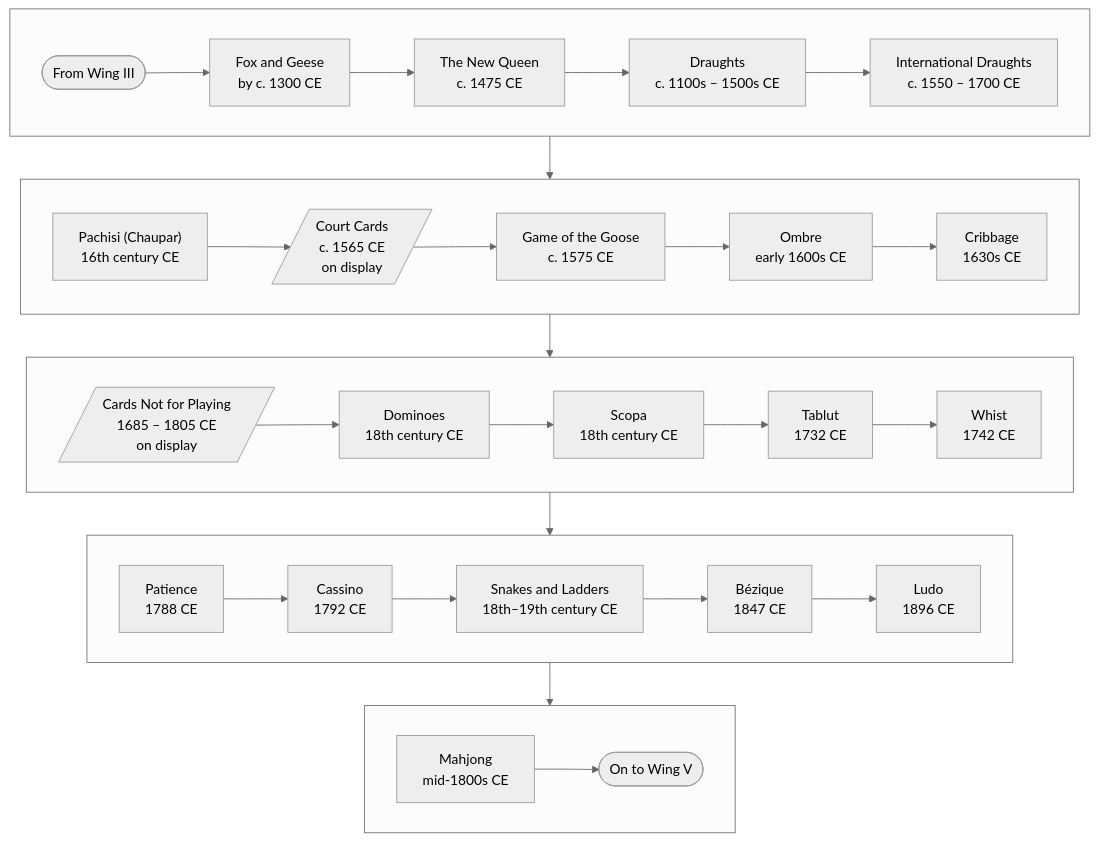
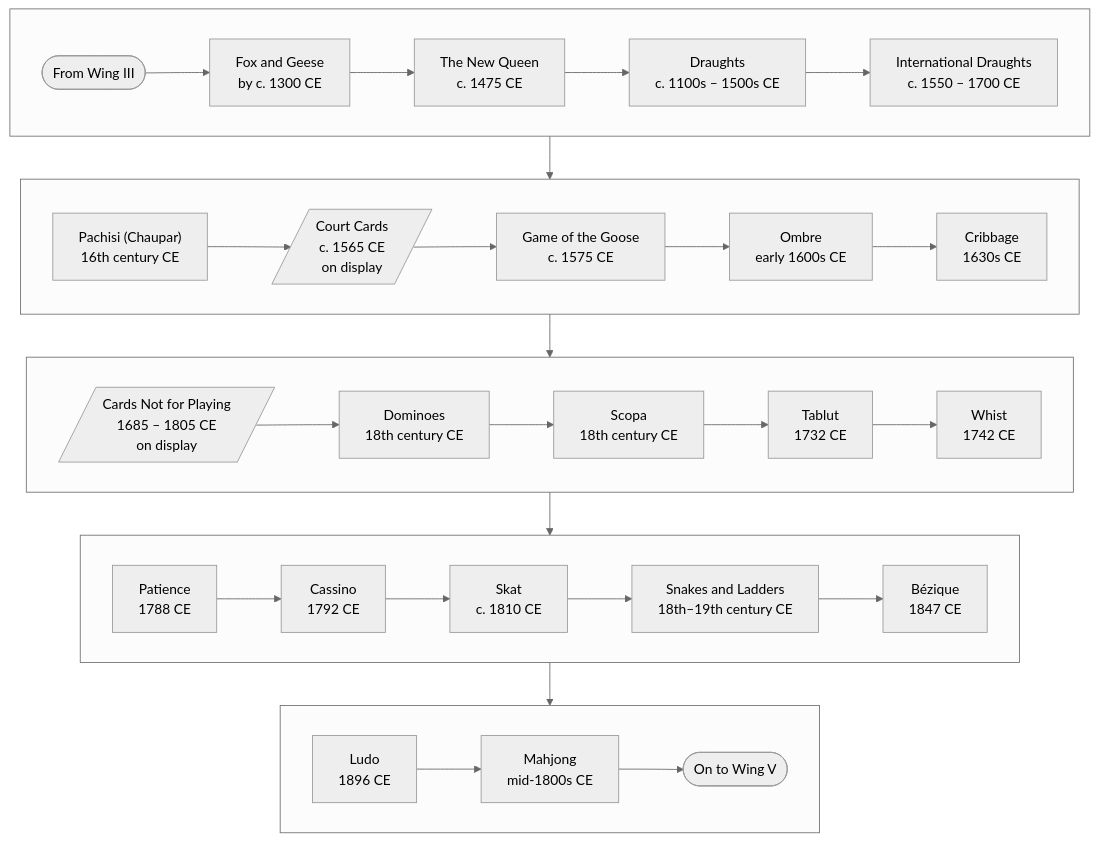
One commit to CptNope/Librarium-Archives changed the seventh of 9 diagrams in docs/games/README.md. Above: the diagram before and after it, drawn with Mermaid (neutral theme). The commit also changed other lines of this file and 40 other files, not shown here.

````diff
--- a/docs/games/README.md
+++ b/docs/games/README.md
@@ -323,27 +326,27 @@
 ```mermaid
 flowchart TB
     subgraph r0[" "]
         direction LR
         in(["From Wing III"]) --> foxgeese["Fox and Geese<br/>by c. 1300 CE"] --> newqueen["The New Queen<br/>c. 1475 CE"] --> draughts["Draughts<br/>c. 1100s – 1500s CE"] --> idraughts["International Draughts<br/>c. 1550 – 1700 CE"]
     end
     subgraph r1[" "]
         direction LR
         pachisi["Pachisi (Chaupar)<br/>16th century CE"] --> courtcards[/"Court Cards<br/>c. 1565 CE<br/>on display"/] --> goose["Game of the Goose<br/>c. 1575 CE"] --> ombre["Ombre<br/>early 1600s CE"] --> cribbage["Cribbage<br/>1630s CE"]
     end
     subgraph r2[" "]
         direction LR
         notforplay[/"Cards Not for Playing<br/>1685 – 1805 CE<br/>on display"/] --> dominoes["Dominoes<br/>18th century CE"] --> scopa["Scopa<br/>18th century CE"] --> tablut["Tablut<br/>1732 CE"] --> whist["Whist<br/>1742 CE"]
     end
     subgraph r3[" "]
         direction LR
-        patience["Patience<br/>1788 CE"] --> cassino["Cassino<br/>1792 CE"] --> snakes["Snakes and Ladders<br/>18th–19th century CE"] --> bezique["Bézique<br/>1847 CE"] --> ludo["Ludo<br/>1896 CE"]
+        patience["Patience<br/>1788 CE"] --> cassino["Cassino<br/>1792 CE"] --> skat["Skat<br/>c. 1810 CE"] --> snakes["Snakes and Ladders<br/>18th–19th century CE"] --> bezique["Bézique<br/>1847 CE"]
     end
     subgraph r4[" "]
         direction LR
-        mahjong["Mahjong<br/>mid-1800s CE"] --> out(["On to Wing V"])
+        ludo["Ludo<br/>1896 CE"] --> mahjong["Mahjong<br/>mid-1800s CE"] --> out(["On to Wing V"])
     end
     r0 --> r1
     r1 --> r2
     r2 --> r3
     r3 --> r4
 ```
````
